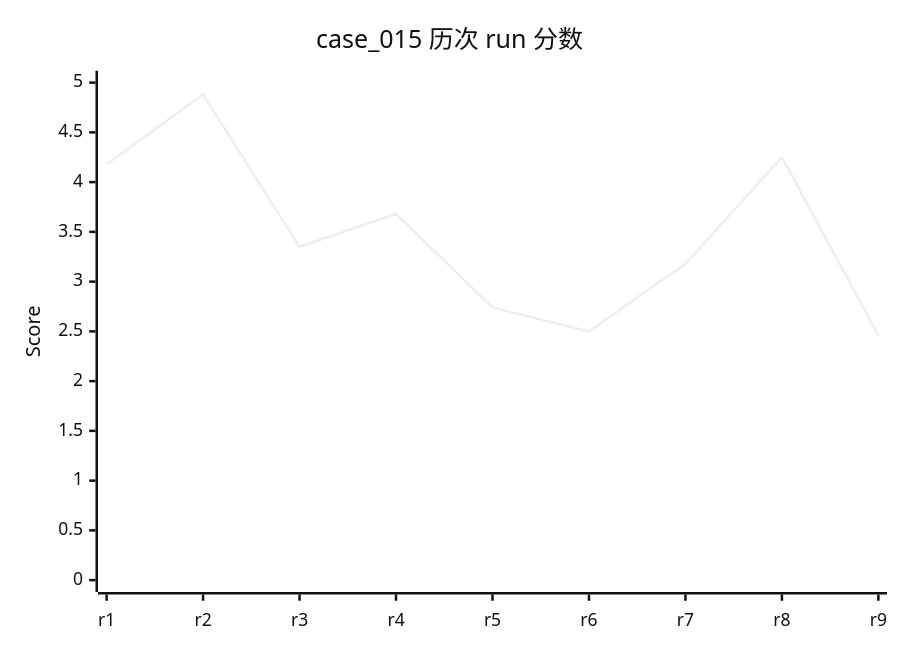
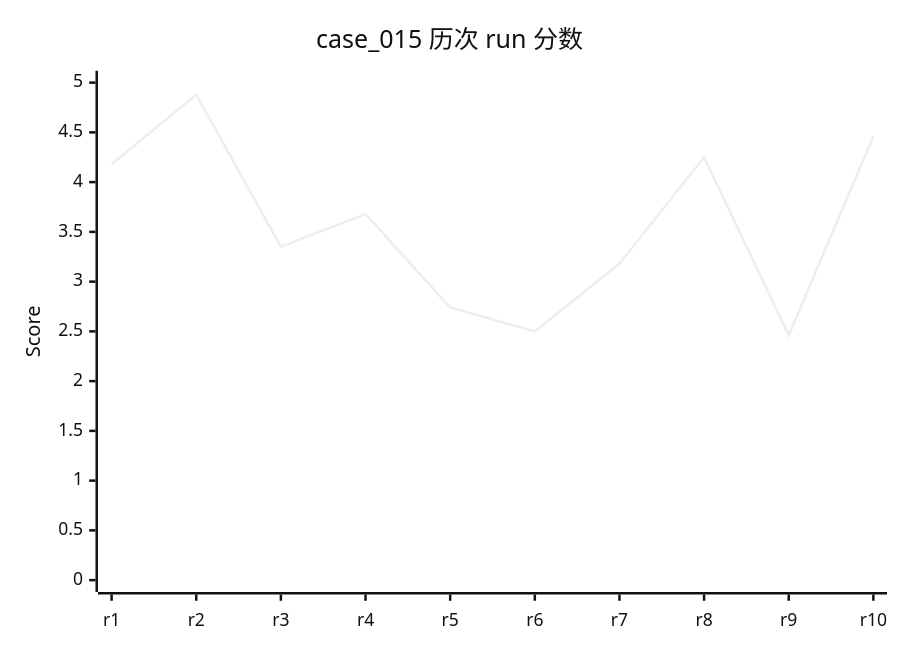
One commit to rushengzhou/sid-code changed diagram 19 of 58 in evals/DASHBOARD.md. Above: the diagram before and after it, drawn with Mermaid (neutral theme). The commit also changed other lines of this file and 108 other files, not shown here.

````diff
--- a/evals/DASHBOARD.md
+++ b/evals/DASHBOARD.md
@@ -443,7 +444,7 @@
 ```mermaid
 xychart-beta
     title "case_015 历次 run 分数"
-    x-axis [r1, r2, r3, r4, r5, r6, r7, r8, r9]
+    x-axis [r1, r2, r3, r4, r5, r6, r7, r8, r9, r10]
     y-axis "Score" 0 --> 5
-    line [4.18, 4.88, 3.35, 3.68, 2.74, 2.50, 3.18, 4.25, 2.46]
+    line [4.18, 4.88, 3.35, 3.68, 2.74, 2.50, 3.18, 4.25, 2.46, 4.46]
 ```
````
